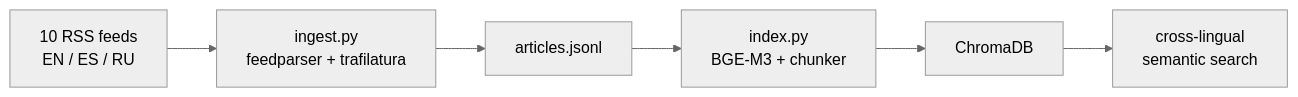
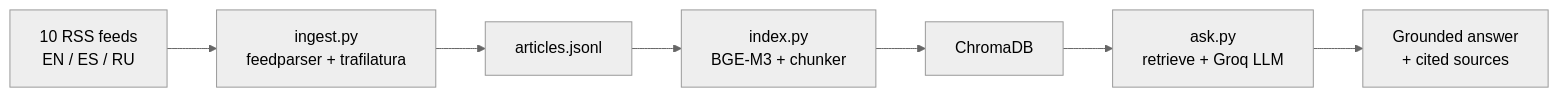
Before and after one commit to msalunina/news-prisma: the diagram in README.md, drawn with Mermaid (neutral theme). The commit also changed other lines of this file and 9 other files, not shown here.

Commit message:
[feat] add rag enabled "ask" capability

````diff
--- a/README.md
+++ b/README.md
@@ -26,8 +28,9 @@
 ```mermaid
 flowchart LR
     RSS["10 RSS feeds\nEN / ES / RU"] --> Ingest["ingest.py\nfeedparser + trafilatura"]
     Ingest --> JSONL["articles.jsonl"]
     JSONL --> Index["index.py\nBGE-M3 + chunker"]
     Index --> Chroma["ChromaDB"]
-    Chroma --> Search["cross-lingual\nsemantic search"]
+    Chroma --> RAG["ask.py\nretrieve + Groq LLM"]
+    RAG --> Answer["Grounded answer\n+ cited sources"]
 ```
````
